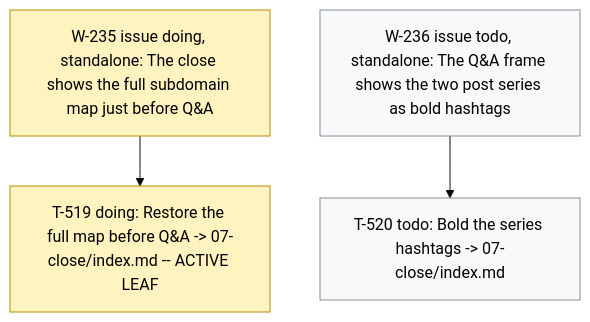
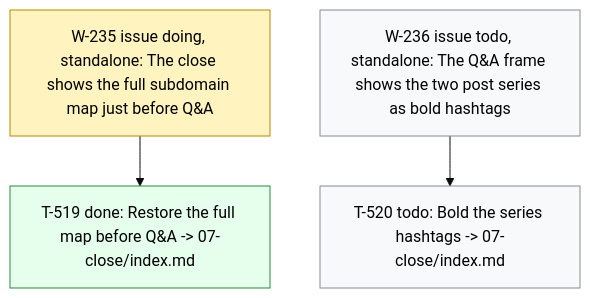
Before and after one commit to dpopchev/chaos-to-simple: the diagram in .board/BOARD.md, drawn with Mermaid (base theme). The commit also changed other lines of this file and 1 other file, not shown here.

Commit message:
chore(board): close T-519 -- W-235 ready to land
Refs: W-235 T-519

````diff
--- a/.board/BOARD.md
+++ b/.board/BOARD.md
@@ -1397,14 +1397,15 @@
 ```mermaid
 flowchart TD
   W235["W-235 issue doing, standalone: The close shows the full subdomain map just before Q&A"]
-  W235 --> T519["T-519 doing: Restore the full map before Q&A -> 07-close/index.md -- ACTIVE LEAF"]
+  W235 --> T519["T-519 done: Restore the full map before Q&A -> 07-close/index.md"]
   W236["W-236 issue todo, standalone: The Q&A frame shows the two post series as bold hashtags"]
   W236 --> T520["T-520 todo: Bold the series hashtags -> 07-close/index.md"]
   classDef doing fill:#fff3bf,stroke:#b58900,color:#000;
   classDef blocked fill:#ffe3e3,stroke:#c92a2a,color:#000;
   classDef done fill:#e6ffed,stroke:#2b8a3e,color:#000;
   classDef todo fill:#f8f9fa,stroke:#868e96,color:#000;
   classDef pruned fill:#f1f3f5,stroke:#adb5bd,color:#000;
-  class W235,T519 doing
+  class W235 doing
+  class T519 done
   class W236,T520 todo
 ```
````
